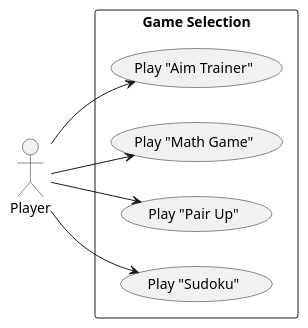
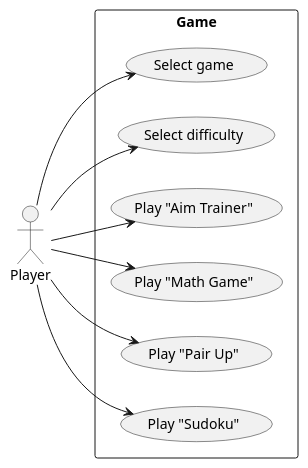
One commit to Cryptic5/itsSoOverlief changed the diagram in PSI_2nd_trial/Diagrams/use_case_game_selection.puml. Above: the diagram before and after it, drawn with PlantUML. The commit also changed 2 other files, not shown here.

Commit message:
package diagramos

```diff
--- a/PSI_2nd_trial/Diagrams/use_case_game_selection.puml
+++ b/PSI_2nd_trial/Diagrams/use_case_game_selection.puml
@@ -1,16 +1,20 @@
 @startuml use_case_game_selection
 left to right direction
 :Player: as player
 
-rectangle "Game Selection" as game_selection {
+rectangle "Game" as game_selection {
+    usecase "Select game" as select_game
+    usecase "Select difficulty" as select_difficulty
     usecase "Play <U+0022>Aim Trainer<U+0022>" as aim_trainer
     usecase "Play <U+0022>Math Game<U+0022>" as math_game
     usecase "Play <U+0022>Pair Up<U+0022>" as pair_up
     usecase "Play <U+0022>Sudoku<U+0022>" as sudoku
 }
 
+player --> select_game
+player --> select_difficulty
 player --> aim_trainer
 player --> math_game
 player --> pair_up
 player --> sudoku
 @enduml
```
